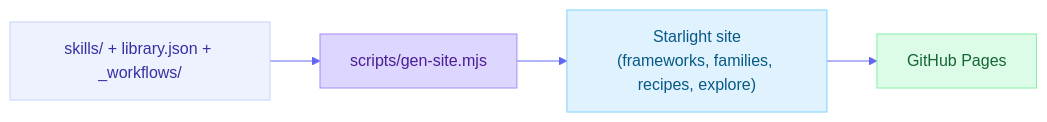
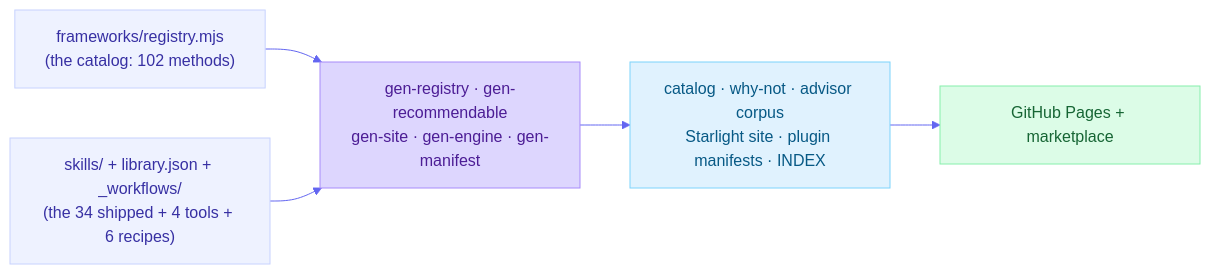
The diagram in docs/architecture.md (product-on-purpose/thinking-framework-skills), drawn with Mermaid before and after one commit. The commit also changed other lines of this file and 23 other files, not shown here.

````diff
--- a/docs/architecture.md
+++ b/docs/architecture.md
@@ -25,13 +46,16 @@
 ```mermaid
 %%{init: {'theme':'base','themeVariables':{'primaryColor':'#eef2ff','primaryBorderColor':'#c7d2fe','lineColor':'#6366f1'}}}%%
 graph LR
-  src["skills/ + library.json + _workflows/"]:::source
-  gen["scripts/gen-site.mjs"]:::build
-  site["Starlight site<br/>(frameworks, families, recipes, explore)"]:::site
-  pages["GitHub Pages"]:::deploy
-  src --> gen --> site --> pages
+  reg["frameworks/registry.mjs<br/>(the catalog: 102 methods)"]:::source
+  skl["skills/ + library.json + _workflows/<br/>(the 34 shipped + 4 tools + 6 recipes)"]:::source
+  gen["gen-registry · gen-recommendable<br/>gen-site · gen-engine · gen-manifest"]:::build
+  views["catalog · why-not · advisor corpus<br/>Starlight site · plugin manifests · INDEX"]:::site
+  pages["GitHub Pages + marketplace"]:::deploy
+  reg --> gen
+  skl --> gen
+  gen --> views --> pages
   classDef source fill:#eef2ff,stroke:#c7d2fe,color:#3730a3;
   classDef build fill:#ddd6fe,stroke:#a78bfa,color:#4c1d95;
   classDef site fill:#e0f2fe,stroke:#7dd3fc,color:#075985;
   classDef deploy fill:#dcfce7,stroke:#86efac,color:#166534;
 ```
````
